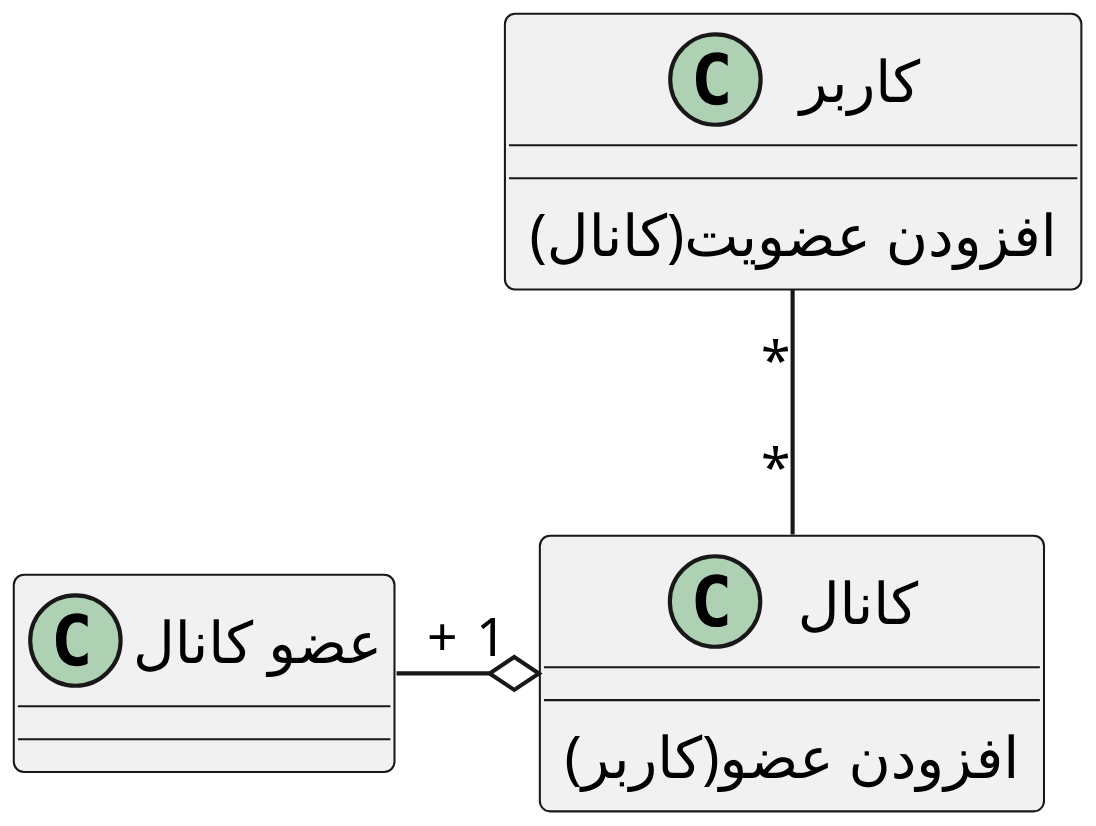
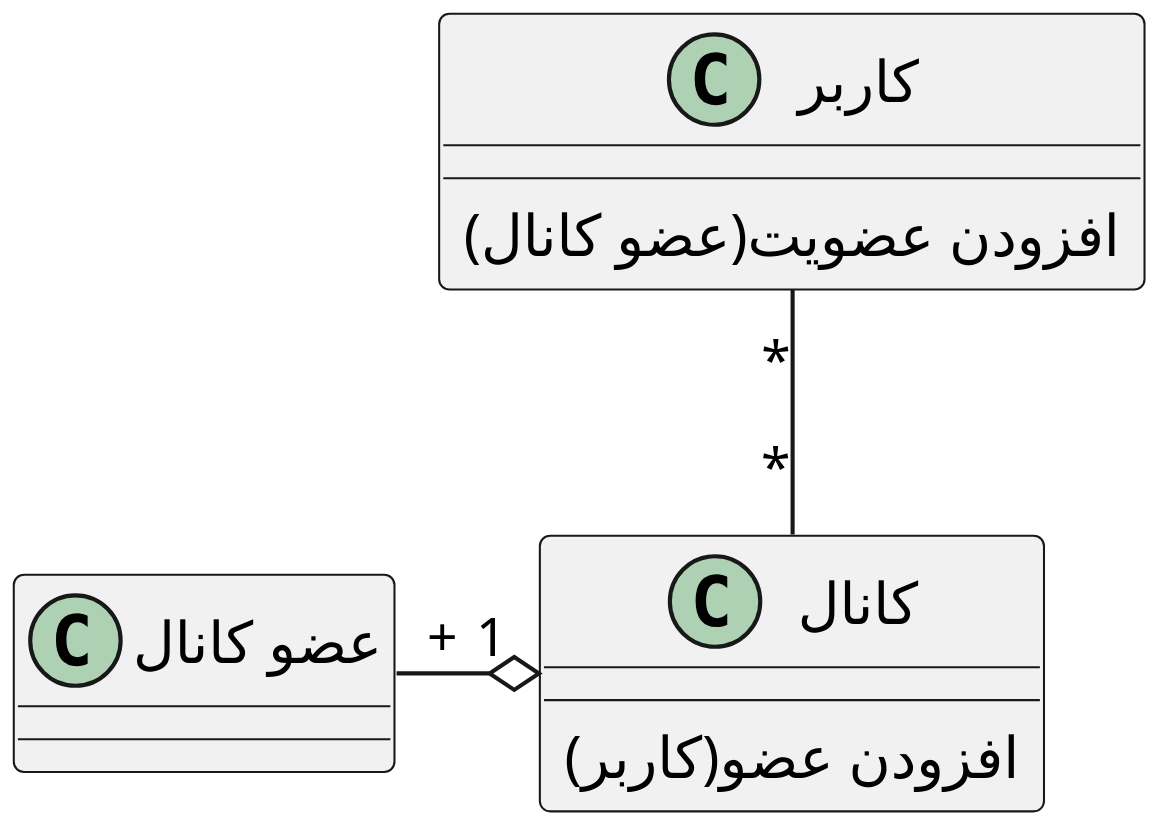
Before and after one commit to soleyman79/Qasedak: the diagram in Diagrams/Class/JoinChanel.puml, drawn with PlantUML. The commit also changed 2 other files, not shown here.

```diff
--- a/Diagrams/Class/JoinChanel.puml
+++ b/Diagrams/Class/JoinChanel.puml
@@ -1,23 +1,23 @@
 @startuml join_chanel
 
 
 scale 3
 skinparam DefaultFontName B Nazanin
 
 
 class "کاربر" as user {
-    افزودن عضویت(کانال)
+    افزودن عضویت(عضو کانال)
 }
 
 class "کانال" as chanel {
     افزودن عضو(کاربر)
 }
 
 class "عضو کانال" as member {
 }
 
 user "*" -- "*" chanel
 chanel "1" o-left- "+" member
 
 
 @enduml
```
